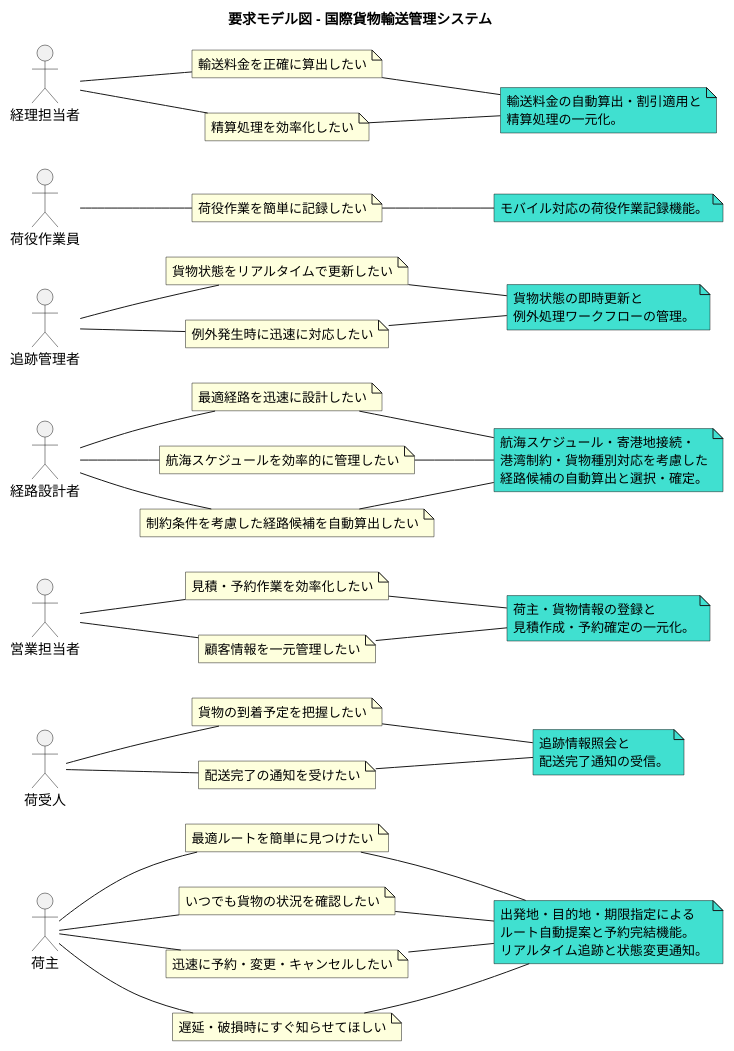
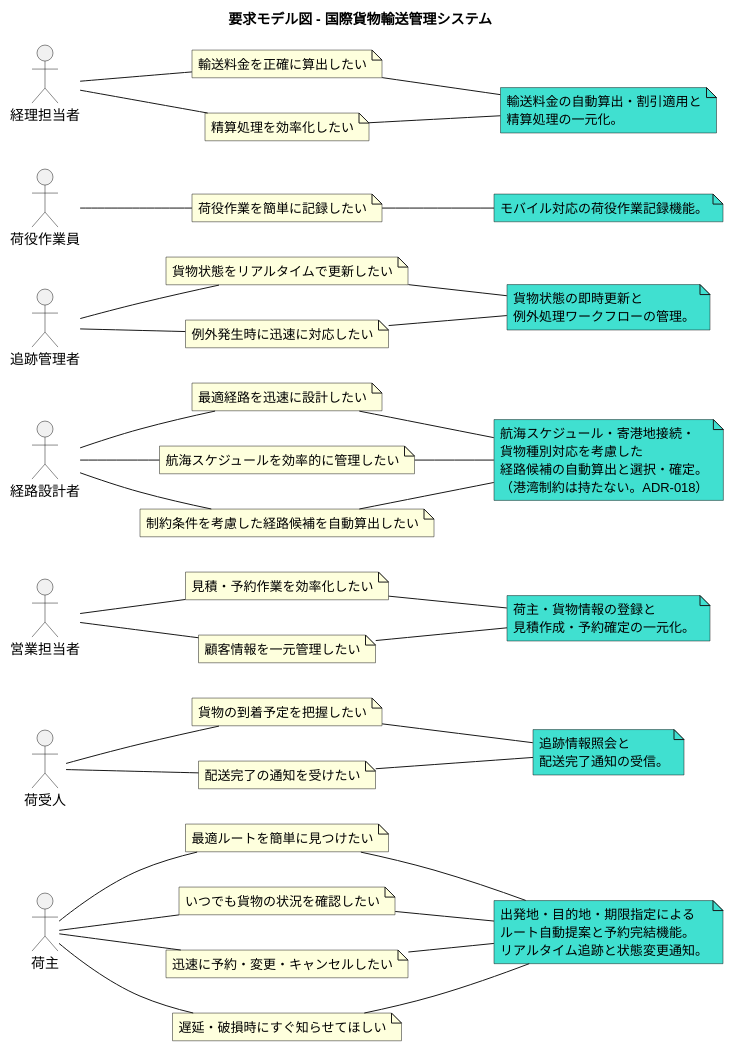
One commit to k2works/case-study-cargo-tracker changed the second of 21 diagrams in docs/requirements/requirements_definition.md. Above: the diagram before and after it, drawn with PlantUML. The commit also changed other lines of this file and 9 other files, not shown here.

```diff
--- a/docs/requirements/requirements_definition.md
+++ b/docs/requirements/requirements_definition.md
@@ -118,8 +118,9 @@
 note "制約条件を考慮した経路候補を自動算出したい" as rd_r3
 note as rd_dr1 #Turquoise
   航海スケジュール・寄港地接続・
-  港湾制約・貨物種別対応を考慮した
+  貨物種別対応を考慮した
   経路候補の自動算出と選択・確定。
+  （港湾制約は持たない。ADR-018）
 end note
 :経路設計者: -- rd_r1
 :経路設計者: -- rd_r2
```
